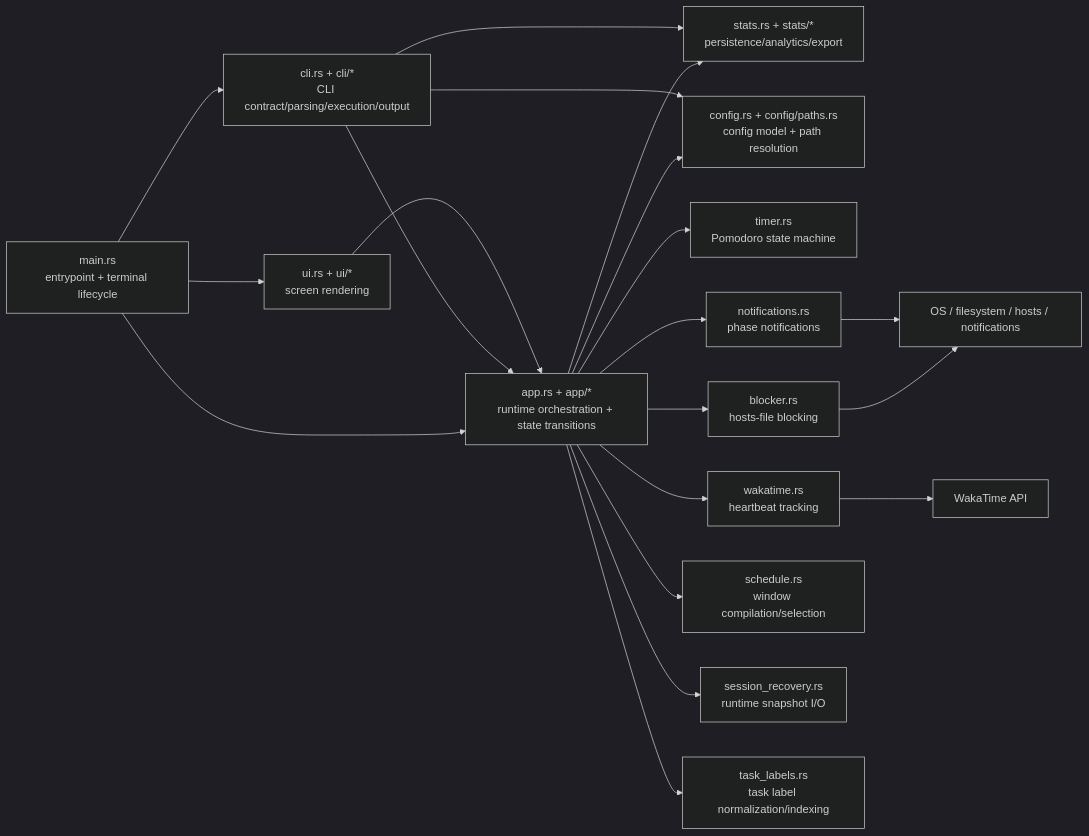
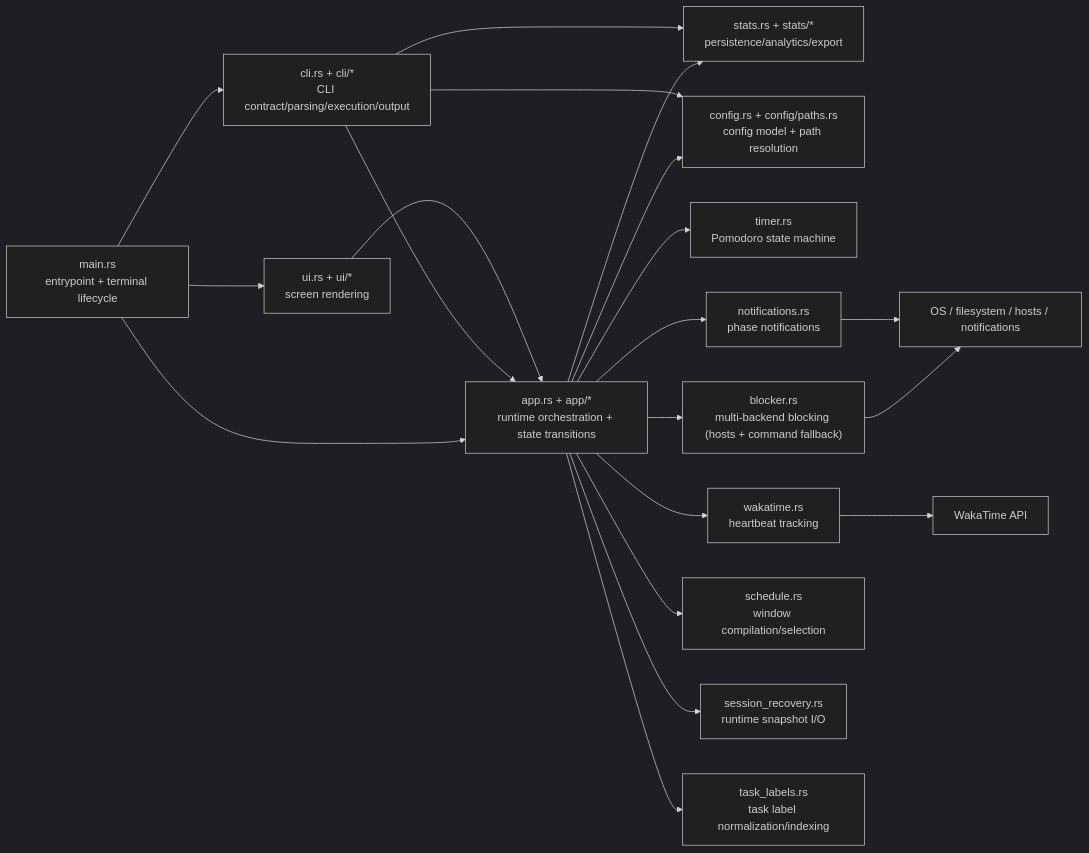
The first of 2 diagrams in ARCHITECTURE.md (utilForever/focustime), drawn with Mermaid (dark theme) before and after one commit. The commit also changed other lines of this file and 4 other files, not shown here.

````diff
--- a/ARCHITECTURE.md
+++ b/ARCHITECTURE.md
@@ -10,38 +10,38 @@
 ```mermaid
 flowchart LR
     M["main.rs<br/>entrypoint + terminal lifecycle"]
     CLI["cli.rs + cli/*<br/>CLI contract/parsing/execution/output"]
     APP["app.rs + app/*<br/>runtime orchestration + state transitions"]
     UI["ui.rs + ui/*<br/>screen rendering"]
     ST["stats.rs + stats/*<br/>persistence/analytics/export"]
     CFG["config.rs + config/paths.rs<br/>config model + path resolution"]
     TM["timer.rs<br/>Pomodoro state machine"]
-    BL["blocker.rs<br/>hosts-file blocking"]
+    BL["blocker.rs<br/>multi-backend blocking (hosts + command fallback)"]
     WK["wakatime.rs<br/>heartbeat tracking"]
     NT["notifications.rs<br/>phase notifications"]
     SCH["schedule.rs<br/>window compilation/selection"]
     REC["session_recovery.rs<br/>runtime snapshot I/O"]
     TL["task_labels.rs<br/>task label normalization/indexing"]
     OS["OS / filesystem / hosts / notifications"]
     API["WakaTime API"]
 
     M --> CLI
     M --> APP
     M --> UI
     APP --> CFG
     APP --> TM
     APP --> BL
     APP --> WK
     APP --> NT
     APP --> SCH
     APP --> ST
     APP --> TL
     APP --> REC
     CLI --> APP
     CLI --> CFG
     CLI --> ST
     UI --> APP
     BL --> OS
     NT --> OS
     WK --> API
 ```
````
